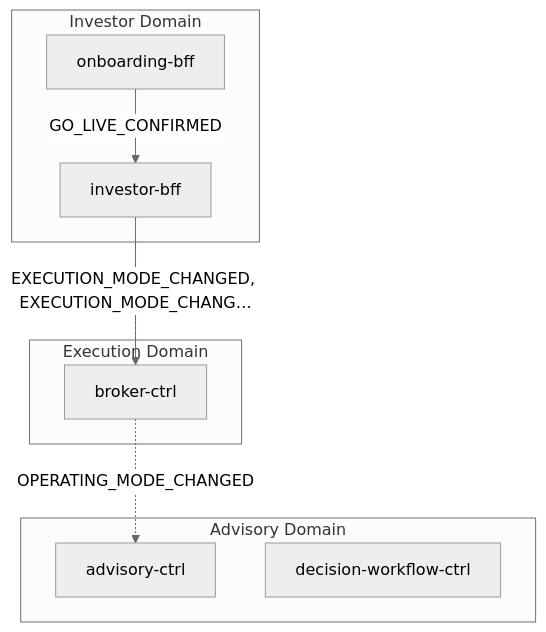
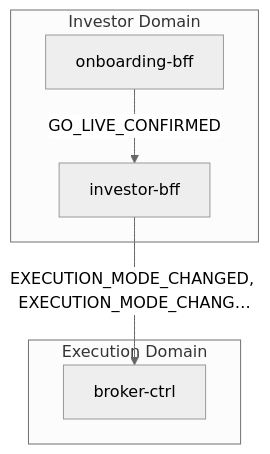
The first of 2 diagrams in docs/data-flows/go-live.md (fabio-vitali/nestfolio), drawn with Mermaid (neutral theme) before and after one commit. The commit also changed other lines of this file and 53 other files, not shown here.

First line of the commit message:
docs: regenerate all service cards, flow specs, and C4 diagrams via /init-docs

````diff
--- a/docs/data-flows/go-live.md
+++ b/docs/data-flows/go-live.md
@@ -11,17 +11,12 @@
 ```mermaid
 flowchart TD
     subgraph investor["Investor Domain"]
         onboarding_bff["onboarding-bff"]
         investor_bff["investor-bff"]
     end
     subgraph execution["Execution Domain"]
         broker_ctrl["broker-ctrl"]
     end
-    subgraph advisory["Advisory Domain"]
-        advisory_ctrl["advisory-ctrl"]
-        decision_workflow_ctrl["decision-workflow-ctrl"]
-    end
     onboarding_bff -->|"GO_LIVE_CONFIRMED"| investor_bff
     investor_bff -->|"EXECUTION_MODE_CHANGED, EXECUTION_MODE_CHANG…"| broker_ctrl
-    broker_ctrl -.->|"OPERATING_MODE_CHANGED"| advisory_ctrl
 ```
````
